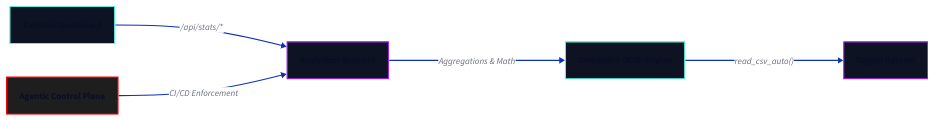
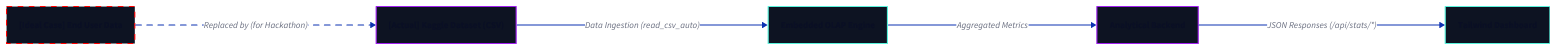
Before and after one commit to hitanshuac/yeti-tracker: the diagram in docs/architecture_diagram.d2, drawn with D2. The commit also changed 26 other files, not shown here.

Commit message:
feat: consolidate architecture diagram and trigger release

```diff
--- a/docs/architecture_diagram.d2
+++ b/docs/architecture_diagram.d2
@@ -1,26 +1,31 @@
 direction: right
 
-Browser: Tailwind Dashboard
+IdealUser: "[Ideal Case] End User Data"
+IdealUser.style.fill: "#0d1322"
+IdealUser.style.stroke: "#ff0000"
+IdealUser.style.stroke-dash: 5
+
+Kaggle: "[Actual] Kaggle Dataset (CSV)"
+Kaggle.style.fill: "#0d1322"
+Kaggle.style.stroke: "#a020f0"
+
+DuckDB: "Embedded OLAP Engine"
+DuckDB.style.fill: "#0d1322"
+DuckDB.style.stroke: "#57f1db"
+
+FastAPI: "Analytical Backend"
+FastAPI.style.fill: "#0d1322"
+FastAPI.style.stroke: "#a020f0"
+
+Browser: "Tailwind Dashboard"
 Browser.style.fill: "#0d1322"
 Browser.style.stroke: "#57f1db"
 
-FastAPI: Analytical Backend
-FastAPI.style.fill: "#0d1322"
-FastAPI.style.stroke: "#a020f0"
-
-DuckDB: Embedded OLAP Engine
-DuckDB.style.fill: "#0d1322"
-DuckDB.style.stroke: "#57f1db"
-
-CSV: Kaggle Dataset
-CSV.style.fill: "#0d1322"
-CSV.style.stroke: "#a020f0"
-
-Antigravity: Agentic Control Plane
-Antigravity.style.fill: "#1e1e1e"
-Antigravity.style.stroke: "#ff0000"
-
-Browser -> FastAPI: /api/stats/*
-FastAPI -> DuckDB: Aggregations & Math
-DuckDB -> CSV: read_csv_auto()
-Antigravity -> FastAPI: CI/CD Enforcement
+IdealUser -> Kaggle: "Replaced by (for Hackathon)" {
+  style: {
+    stroke-dash: 5
+  }
+}
+Kaggle -> DuckDB: "Data Ingestion (read_csv_auto)"
+DuckDB -> FastAPI: "Aggregated Metrics"
+FastAPI -> Browser: "JSON Responses (/api/stats/*)"
```
